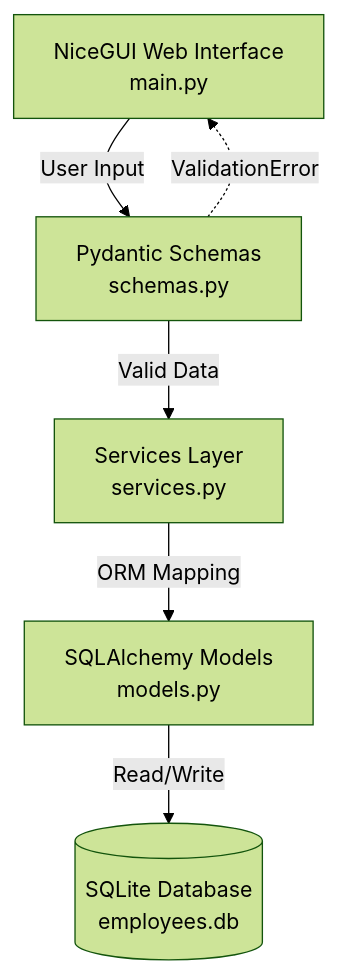
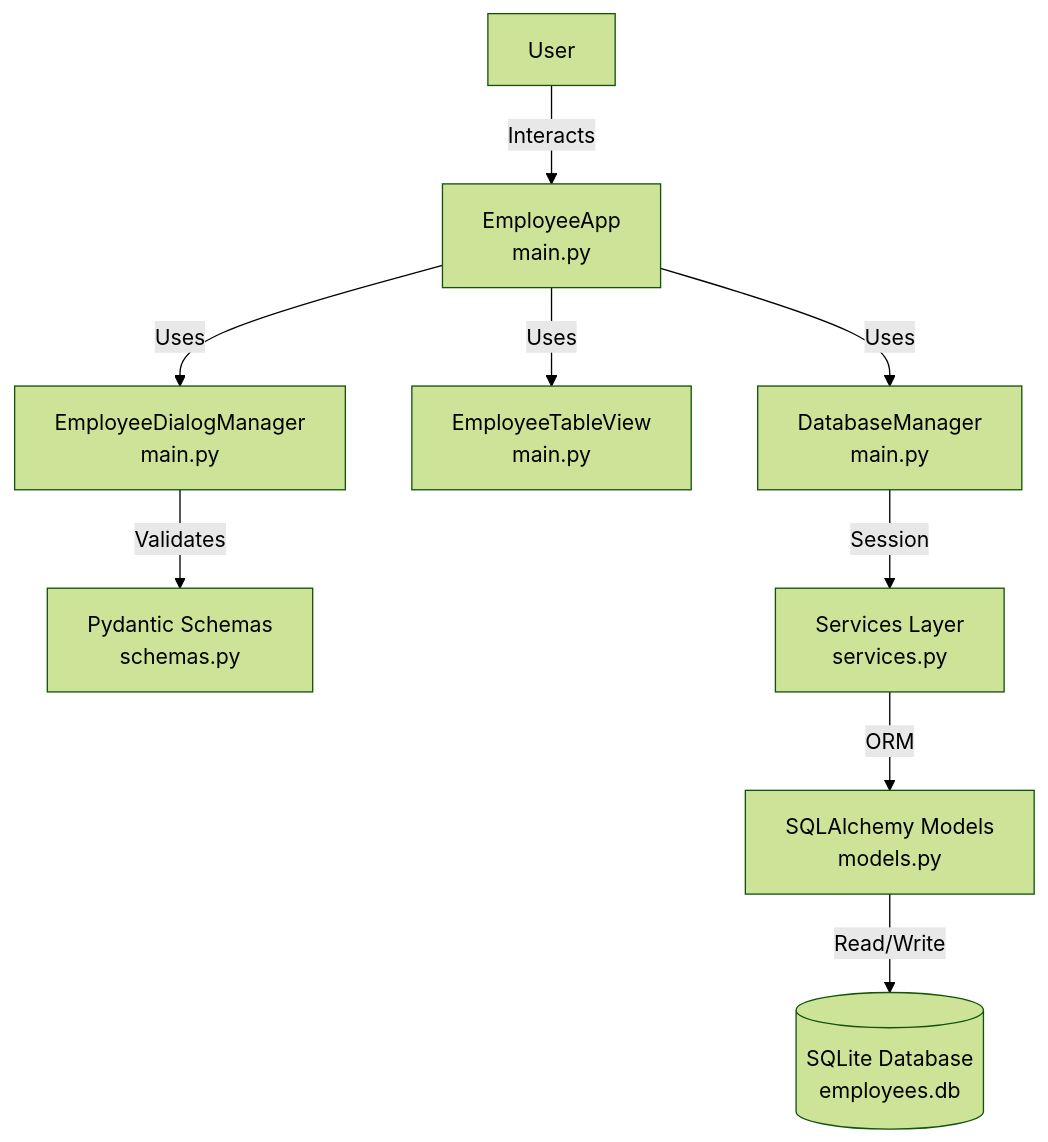
Before and after one commit to DoroshinaAleksandra/Employee_management_system: the first of 2 diagrams in docs/ARCHITECTURE.md, drawn with Mermaid (forest theme). The commit also changed other lines of this file, not shown here.

Commit message:
ARCHITECTURE.md updated

````diff
--- a/docs/ARCHITECTURE.md
+++ b/docs/ARCHITECTURE.md
@@ -63,8 +67,11 @@
 ```mermaid
 graph TD
-    UI[NiceGUI Web Interface<br/>main.py] -->|User Input| P[Pydantic Schemas<br/>schemas.py]
-    P -->|Valid Data| S[Services Layer<br/>services.py]
-    P -.->|ValidationError| UI
-    S -->|ORM Mapping| M[SQLAlchemy Models<br/>models.py]
-    M -->|Read/Write| DB[(SQLite Database<br/>employees.db)]
+    User[User] -->|Interacts| App[EmployeeApp<br/>main.py]
+    App -->|Uses| DB[DatabaseManager<br/>main.py]
+    App -->|Uses| View[EmployeeTableView<br/>main.py]
+    App -->|Uses| Dlg[EmployeeDialogManager<br/>main.py]
+    Dlg -->|Validates| P[Pydantic Schemas<br/>schemas.py]
+    DB -->|Session| S[Services Layer<br/>services.py]
+    S -->|ORM| M[SQLAlchemy Models<br/>models.py]
+    M -->|Read/Write| DB2[(SQLite Database<br/>employees.db)]
 ```
````
